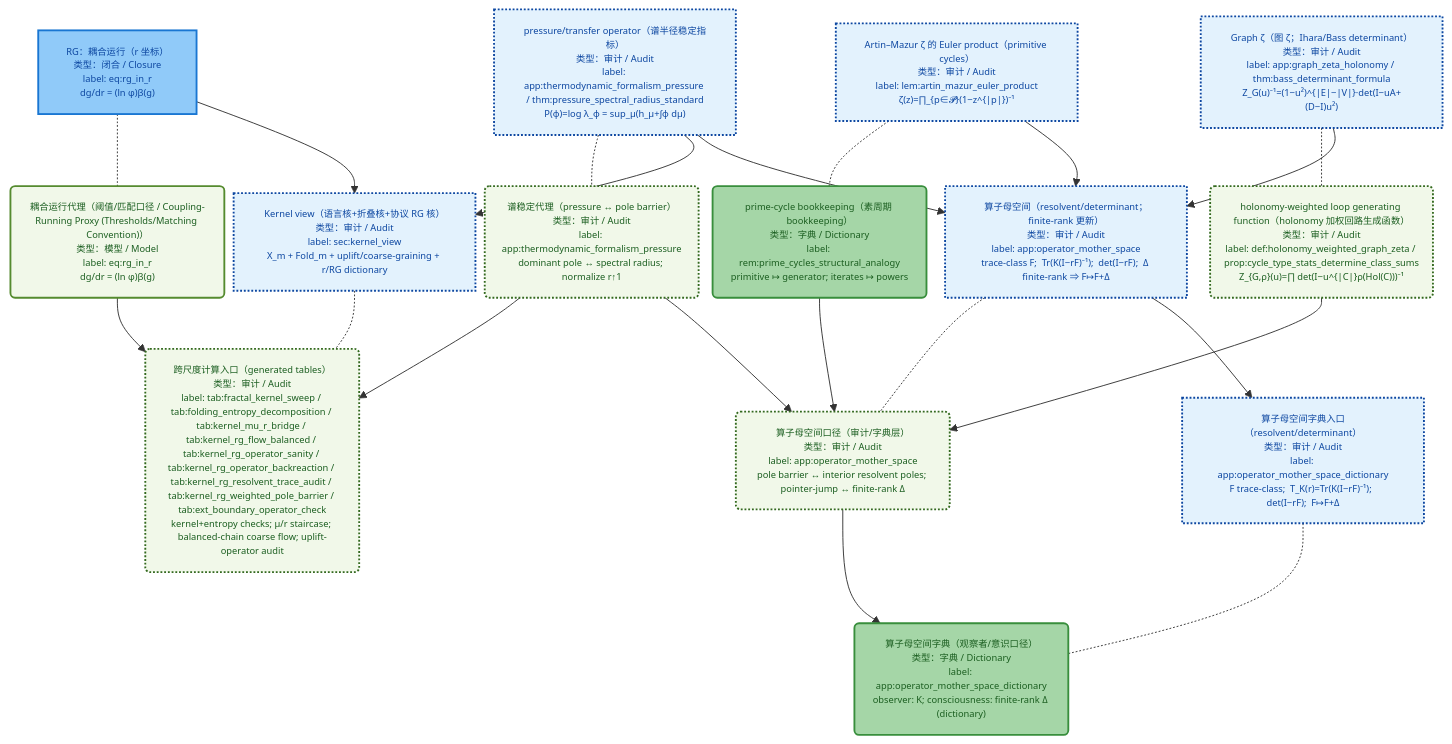
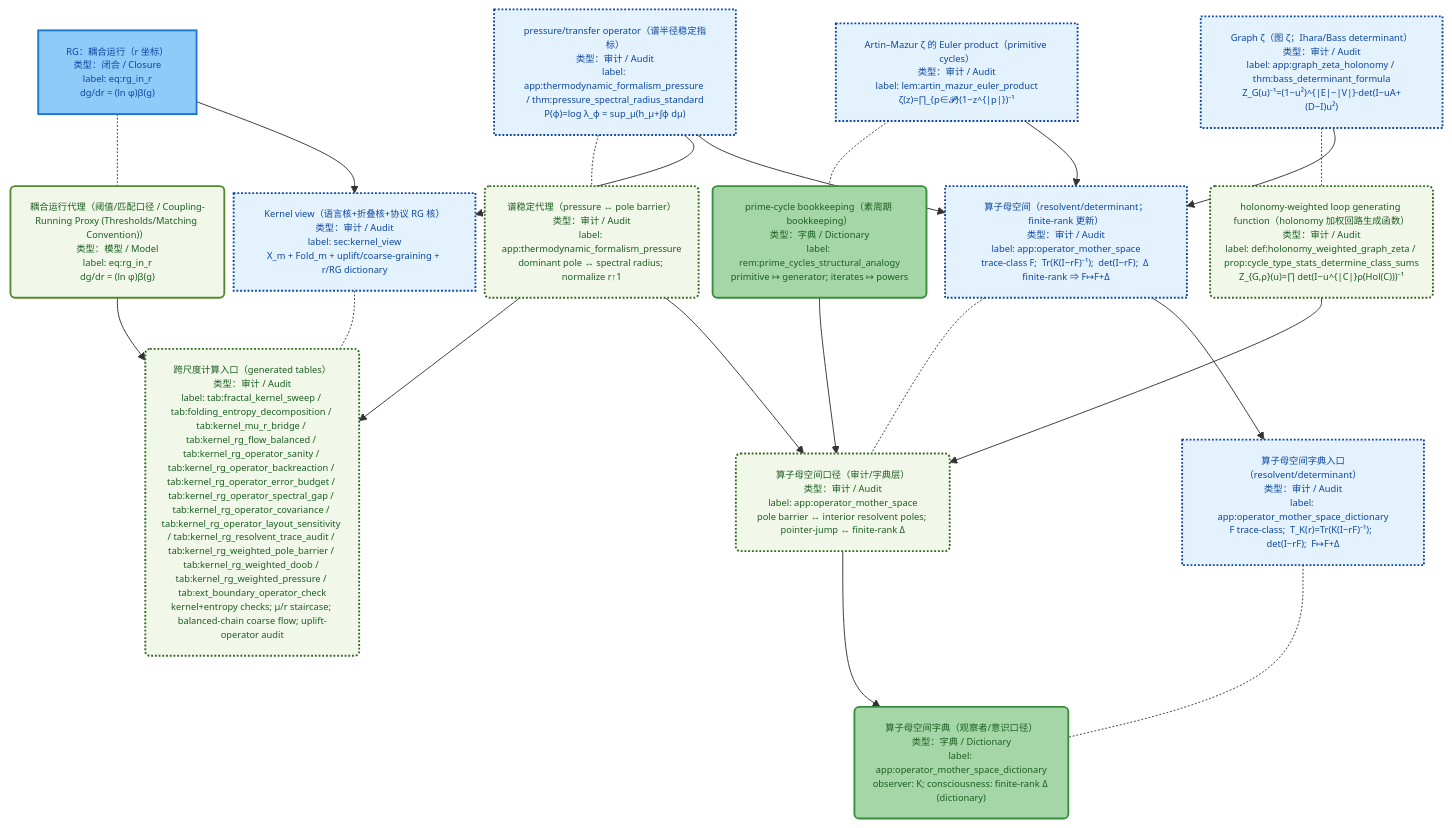
The ninth of 12 diagrams in docs/papers/2025_z128_standard_model_stable_sector_hpa_omega/architecture_dag.md (loning/the-omega), drawn with Mermaid before and after one commit. The commit also changed other lines of this file and 21 other files, not shown here.

````diff
--- a/docs/papers/2025_z128_standard_model_stable_sector_hpa_omega/architecture_dag.md
+++ b/docs/papers/2025_z128_standard_model_stable_sector_hpa_omega/architecture_dag.md
@@ -1129,76 +1129,76 @@
 ```mermaid
 %%{init: {"maxTextSize": 100000, "flowchart": {"useMaxWidth": false, "nodeSpacing": 10, "rankSpacing": 55}, "themeVariables": {"fontSize": "10px"}}}%%
 flowchart TB
 
   %% === Core hubs ===
   M_kernel_view["Kernel view（语言核+折叠核+协议 RG 核）<br/>类型：审计 / Audit<br/>label: sec:kernel_view<br/>X_m + Fold_m + uplift/coarse-graining + r/RG dictionary"]
-  P_kernel_view("跨尺度计算入口（generated tables）<br/>类型：审计 / Audit<br/>label: tab:fractal_kernel_sweep / tab:folding_entropy_decomposition / tab:kernel_mu_r_bridge / tab:kernel_rg_flow_balanced / tab:kernel_rg_operator_sanity / tab:kernel_rg_operator_backreaction / tab:kernel_rg_resolvent_trace_audit / tab:kernel_rg_weighted_pole_barrier / tab:ext_boundary_operator_check<br/>kernel+entropy checks; μ/r staircase; balanced-chain coarse flow; uplift-operator audit")
+  P_kernel_view("跨尺度计算入口（generated tables）<br/>类型：审计 / Audit<br/>label: tab:fractal_kernel_sweep / tab:folding_entropy_decomposition / tab:kernel_mu_r_bridge / tab:kernel_rg_flow_balanced / tab:kernel_rg_operator_sanity / tab:kernel_rg_operator_backreaction / tab:kernel_rg_operator_error_budget / tab:kernel_rg_operator_spectral_gap / tab:kernel_rg_operator_covariance / tab:kernel_rg_operator_layout_sensitivity / tab:kernel_rg_resolvent_trace_audit / tab:kernel_rg_weighted_pole_barrier / tab:kernel_rg_weighted_doob / tab:kernel_rg_weighted_pressure / tab:ext_boundary_operator_check<br/>kernel+entropy checks; μ/r staircase; balanced-chain coarse flow; uplift-operator audit")
   M_kernel_view -.- P_kernel_view
 
   M_operator_mother["算子母空间（resolvent/determinant；finite-rank 更新）<br/>类型：审计 / Audit<br/>label: app:operator_mother_space<br/>trace-class F;  Tr(K(I−rF)⁻¹);  det(I−rF);  Δ finite-rank ⇒ F↦F+Δ"]
   P_operator_mother("算子母空间口径（审计/字典层）<br/>类型：审计 / Audit<br/>label: app:operator_mother_space<br/>pole barrier ↔ interior resolvent poles; pointer-jump ↔ finite-rank Δ")
   M_operator_mother -.- P_operator_mother
 
   %% === Shared upstream bridge (minimal) ===
   M_pressure["pressure/transfer operator（谱半径稳定指标）<br/>类型：审计 / Audit<br/>label: app:thermodynamic_formalism_pressure / thm:pressure_spectral_radius_standard<br/>P(ϕ)=log λ_ϕ = sup_μ(h_μ+∫ϕ dμ)"]
   P_pressure("谱稳定代理（pressure ↔ pole barrier）<br/>类型：审计 / Audit<br/>label: app:thermodynamic_formalism_pressure<br/>dominant pole ↔ spectral radius; normalize r↑1")
   M_pressure -.- P_pressure
 
   M_rg["RG：耦合运行（r 坐标）<br/>类型：闭合 / Closure<br/>label: eq:rg_in_r<br/>dg/dr = (ln φ)β(g)"]
   P_rg("耦合运行代理（阈值/匹配口径 / Coupling-Running Proxy (Thresholds/Matching Convention)）<br/>类型：模型 / Model<br/>label: eq:rg_in_r<br/>dg/dr = (ln φ)β(g)")
   M_rg -.- P_rg
 
   M_am_euler["Artin–Mazur ζ 的 Euler product（primitive cycles）<br/>类型：审计 / Audit<br/>label: lem:artin_mazur_euler_product<br/>ζ(z)=∏_{p∈𝓟}(1−z^{|p|})⁻¹"]
   P_am_euler("prime-cycle bookkeeping（素周期 bookkeeping）<br/>类型：字典 / Dictionary<br/>label: rem:prime_cycles_structural_analogy<br/>primitive ↦ generator; iterates ↦ powers")
   M_am_euler -.- P_am_euler
 
   M_graphzeta["Graph ζ（图 ζ；Ihara/Bass determinant）<br/>类型：审计 / Audit<br/>label: app:graph_zeta_holonomy / thm:bass_determinant_formula<br/>Z_G(u)⁻¹=(1−u²)^{|E|−|V|}·det(I−uA+(D−I)u²)"]
   P_graphzeta("holonomy-weighted loop generating function（holonomy 加权回路生成函数）<br/>类型：审计 / Audit<br/>label: def:holonomy_weighted_graph_zeta / prop:cycle_type_stats_determine_class_sums<br/>Z_{G,ρ}(u)=∏ det(I−u^{|C|}ρ(Hol(C)))⁻¹")
   M_graphzeta -.- P_graphzeta
 
   %% === Wiring: pressure is the shared bridge; kernel view also consumes RG; mother space consumes prime-cycle/graph-ζ ===
   M_rg --> M_kernel_view
   P_rg --> P_kernel_view
 
   M_pressure --> M_kernel_view
   P_pressure --> P_kernel_view
 
   M_pressure --> M_operator_mother
   P_pressure --> P_operator_mother
 
   M_am_euler --> M_operator_mother
   P_am_euler --> P_operator_mother
 
   M_graphzeta --> M_operator_mother
   P_graphzeta --> P_operator_mother
 
   %% === Optional dictionary entry (kept compact): mother space viewpoint in equivalence semantics layer ===
   M_opMotherDict["算子母空间字典入口（resolvent/determinant）<br/>类型：审计 / Audit<br/>label: app:operator_mother_space_dictionary<br/>F trace-class;  T_K(r)=Tr(K(I−rF)⁻¹);  det(I−rF);  F↦F+Δ"]
   P_opMotherDict("算子母空间字典（观察者/意识口径）<br/>类型：字典 / Dictionary<br/>label: app:operator_mother_space_dictionary<br/>observer: K; consciousness: finite-rank Δ (dictionary)")
   M_opMotherDict -.- P_opMotherDict
 
   M_operator_mother --> M_opMotherDict
   P_operator_mother --> P_opMotherDict
 
   classDef iface fill:#FCE4EC,stroke:#D81B60,color:#880E4F,stroke-width:2px;
   classDef open_problem fill:#FFEBEE,stroke:#C62828,color:#B71C1C,stroke-width:2px,font-weight:700;
   classDef not_closed fill:#FFF3E0,stroke:#EF6C00,color:#E65100,stroke-width:2px;
   classDef scope_gap fill:#EEEEEE,stroke:#616161,color:#212121,stroke-width:2px,stroke-dasharray: 2 2;
   classDef math_axiom fill:#BBDEFB,stroke:#1565C0,color:#0D47A1,stroke-width:3px,font-weight:700;
   classDef math_construct fill:#E3F2FD,stroke:#1E88E5,color:#0D47A1,stroke-width:2px;
   classDef math_closure fill:#90CAF9,stroke:#1976D2,color:#0D47A1,stroke-width:2px;
   classDef math_cont fill:#E1F5FE,stroke:#039BE5,color:#01579B,stroke-width:2px;
   classDef math_assumption fill:#E3F2FD,stroke:#1E88E5,color:#0D47A1,stroke-width:2px,stroke-dasharray: 6 3;
   classDef math_audit fill:#E3F2FD,stroke:#0D47A1,color:#0D47A1,stroke-width:2px,stroke-dasharray: 2 2;
   classDef phys_proxy fill:#E8F5E9,stroke:#43A047,color:#1B5E20,stroke-width:2px;
   classDef phys_obs fill:#C8E6C9,stroke:#2E7D32,color:#1B5E20,stroke-width:2px,font-weight:700;
   classDef phys_dict fill:#A5D6A7,stroke:#388E3C,color:#1B5E20,stroke-width:2px;
   classDef phys_model fill:#F1F8E9,stroke:#558B2F,color:#1B5E20,stroke-width:2px;
   classDef phys_audit fill:#F1F8E9,stroke:#33691E,color:#1B5E20,stroke-width:2px,stroke-dasharray: 2 2;
 
   class M_kernel_view,M_operator_mother,M_opMotherDict,M_pressure,M_am_euler,M_graphzeta math_audit;
   class M_rg math_closure;
   class P_kernel_view,P_operator_mother,P_pressure,P_graphzeta phys_audit;
   class P_rg phys_model;
   class P_am_euler,P_opMotherDict phys_dict;
 ```
````
